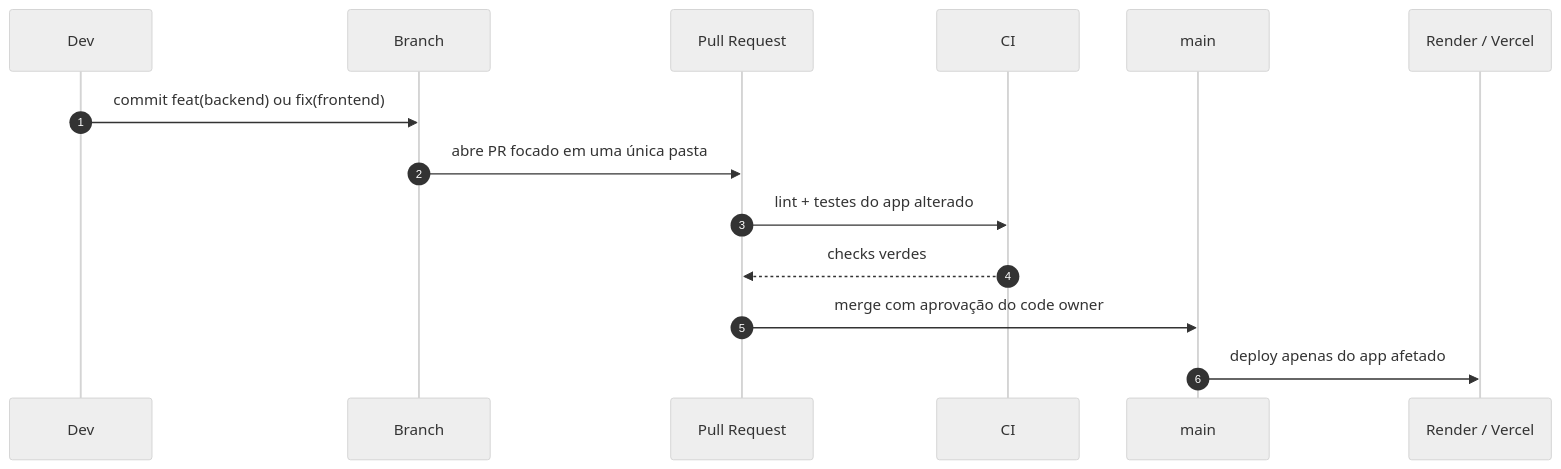
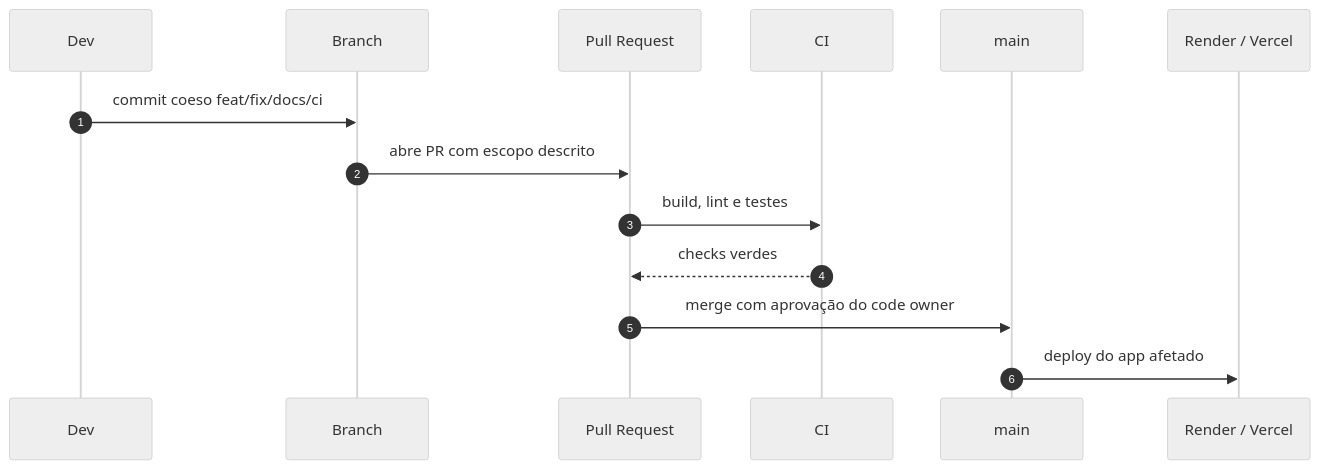
Before and after one commit to TheKingDevs/orbit-api: the diagram in assets/diagrams/workflow.mermaid, drawn with Mermaid (neutral theme). The commit also changed 53 other files, not shown here.

```diff
--- a/assets/diagrams/workflow.mermaid
+++ b/assets/diagrams/workflow.mermaid
@@ -1,15 +1,15 @@
 sequenceDiagram
     autonumber
     participant D as Dev
     participant B as Branch
     participant PR as Pull Request
     participant CI as CI
     participant M as main
     participant H as Render / Vercel
 
-    D->>B: commit feat(backend) ou fix(frontend)
-    B->>PR: abre PR focado em uma única pasta
-    PR->>CI: lint + testes do app alterado
+    D->>B: commit coeso feat/fix/docs/ci
+    B->>PR: abre PR com escopo descrito
+    PR->>CI: build, lint e testes
     CI-->>PR: checks verdes
     PR->>M: merge com aprovação do code owner
-    M->>H: deploy apenas do app afetado
+    M->>H: deploy do app afetado
```
